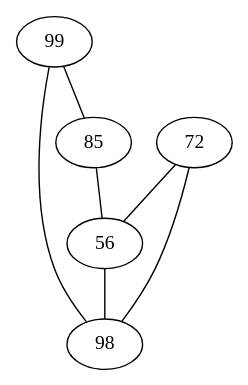
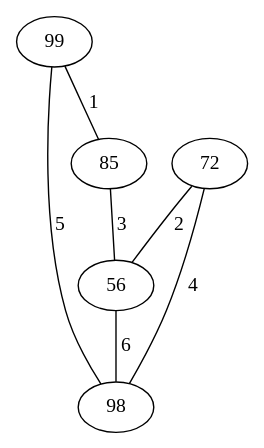
Before and after one commit to vinicius-de-souza/graphapplication: the diagram in testedot.dot, drawn with Graphviz. The commit also changed 6 other files, not shown here.

```diff
--- a/testedot.dot
+++ b/testedot.dot
@@ -1,17 +1,17 @@
 strict graph G { 
  
 
-    99 --  85
-    99 --  98
-    85 --  99
-    85 --  56
-    72 --  56
-    72 --  98
-    56 --  72
-    56 --  85
-    56 --  98
-    98 --  72
-    98 --  99
-    98 --  56
+    99 --  85 [label=" 1"]
+    99 --  98 [label=" 5"]
+    85 --  99 [label=" 1"]
+    85 --  56 [label=" 3"]
+    72 --  56 [label=" 2"]
+    72 --  98 [label=" 4"]
+    56 --  72 [label=" 2"]
+    56 --  85 [label=" 3"]
+    56 --  98 [label=" 6"]
+    98 --  72 [label=" 4"]
+    98 --  99 [label=" 5"]
+    98 --  56 [label=" 6"]
 
  }
```
